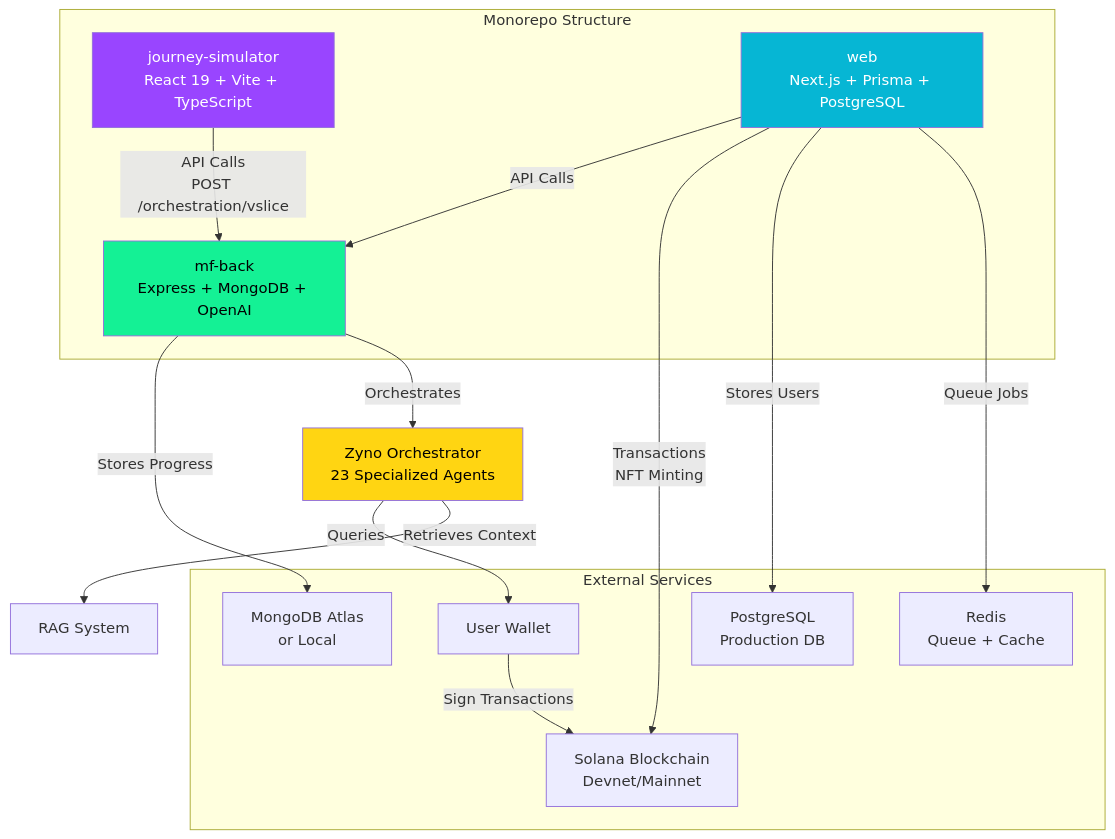
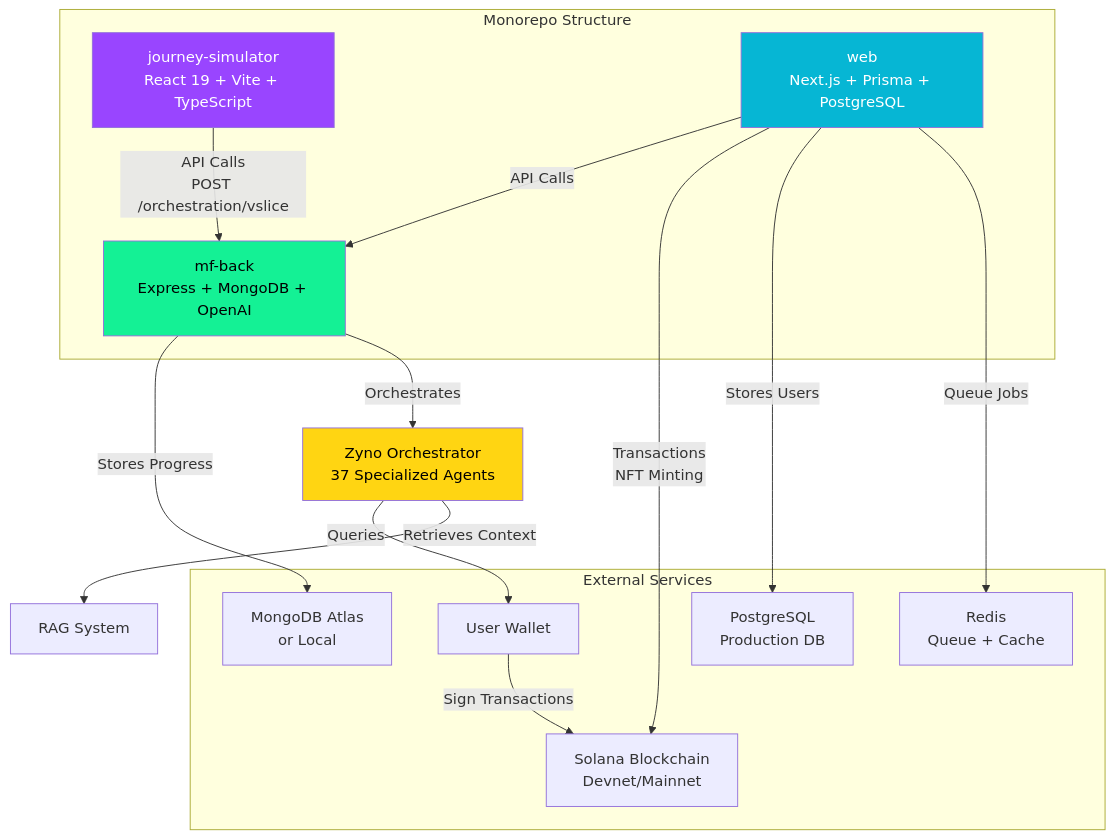
The first of 14 diagrams in docs/ARCHITECTURE_DIAGRAMS.md (cyranoaladin/journey-simulator), drawn with Mermaid before and after one commit. The commit also changed 349 other files, not shown here.

````diff
--- a/docs/ARCHITECTURE_DIAGRAMS.md
+++ b/docs/ARCHITECTURE_DIAGRAMS.md
@@ -24,34 +24,34 @@
 ```mermaid
 graph TB
     subgraph "Monorepo Structure"
         A[journey-simulator<br/>React 19 + Vite + TypeScript]
         B[mf-back<br/>Express + MongoDB + OpenAI]
         C[web<br/>Next.js + Prisma + PostgreSQL]
     end
 
     subgraph "External Services"
         D[Solana Blockchain<br/>Devnet/Mainnet]
         E[OpenAI API<br/>GPT-4o]
         F[MongoDB Atlas<br/>or Local]
         G[PostgreSQL<br/>Production DB]
         H[Redis<br/>Queue + Cache]
     end
 
     A -->|API Calls<br/>POST /orchestration/vslice| B
     C -->|API Calls| B
     C -->|Transactions<br/>NFT Minting| D
     E[User Wallet] -->|Sign Transactions| D
 
     B -->|Stores Progress| F
     C -->|Stores Users| G
     C -->|Queue Jobs| H
 
-    B -->|Orchestrates| I[Zyno Orchestrator<br/>23 Specialized Agents]
+    B -->|Orchestrates| I[Zyno Orchestrator<br/>37 Specialized Agents]
     I -->|Queries| E
     I -->|Retrieves Context| J[RAG System]
 
     style A fill:#9945ff,color:#fff
     style B fill:#14f195,color:#000
     style C fill:#06b6d4,color:#fff
     style I fill:#ffd512,color:#000
 ```
````
